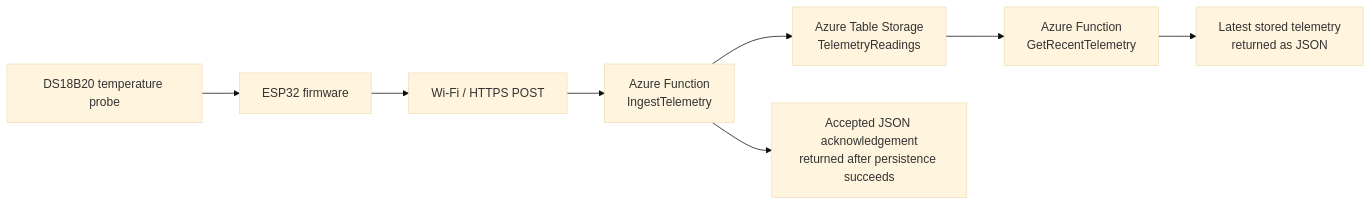
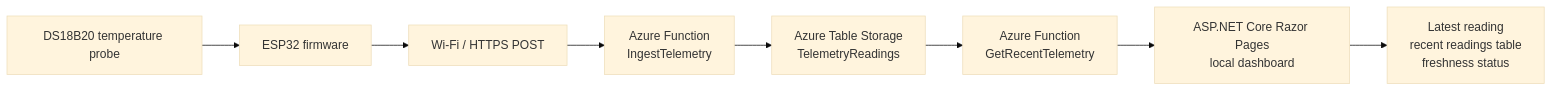
One commit to sdaly-ie/hivewatch-cloud-iot changed the diagram in README.md. Above: the diagram before and after it, drawn with Mermaid (base theme). The commit also changed other lines of this file and 1 other file, not shown here.

Commit message:
Update README for dashboard recent readings milestone

````diff
--- a/README.md
+++ b/README.md
@@ -68,10 +89,10 @@
 ```mermaid
 flowchart LR
     A[DS18B20 temperature probe] --> B[ESP32 firmware]
     B --> C[Wi-Fi / HTTPS POST]
     C --> D[Azure Function<br/>IngestTelemetry]
     D --> E[Azure Table Storage<br/>TelemetryReadings]
-    D --> F[Accepted JSON acknowledgement<br/>returned after persistence succeeds]
-    E --> G[Azure Function<br/>GetRecentTelemetry]
-    G --> H[Latest stored telemetry<br/>returned as JSON]
+    E --> F[Azure Function<br/>GetRecentTelemetry]
+    F --> G[ASP.NET Core Razor Pages<br/>local dashboard]
+    G --> H[Latest reading<br/>recent readings table<br/>freshness status]
 ```
````
